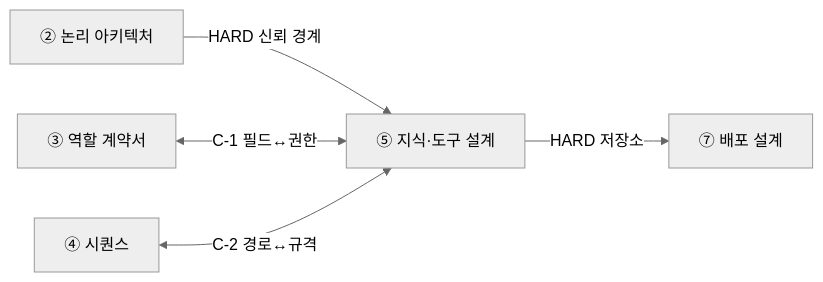
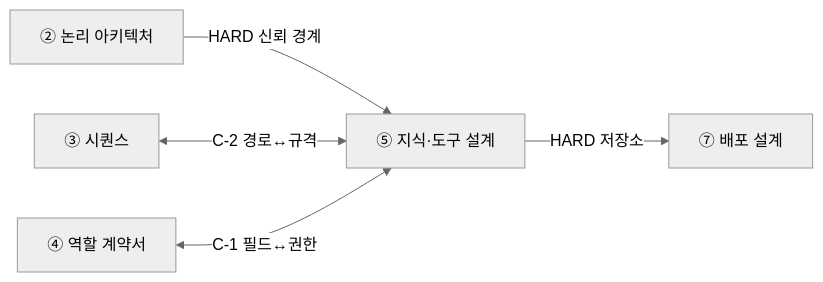
One commit to unicorn-campus/design-agentic-ai changed the diagram in guides/05-지식도구설계-가이드.md. Above: the diagram before and after it, drawn with Mermaid (neutral theme). The commit also changed other lines of this file and 67 other files, not shown here.

````diff
--- a/guides/05-지식도구설계-가이드.md
+++ b/guides/05-지식도구설계-가이드.md
@@ -16,7 +16,7 @@
 ```mermaid
 flowchart LR
   P2["② 논리 아키텍처"] -->|HARD 신뢰 경계| P5
-  P3["③ 역할 계약서"] <-->|C-1 필드↔권한| P5["⑤ 지식·도구 설계"]
-  P4["④ 시퀀스"] <-->|C-2 경로↔규격| P5
+  P3["③ 시퀀스"] <-->|C-2 경로↔규격| P5["⑤ 지식·도구 설계"]
+  P4["④ 역할 계약서"] <-->|C-1 필드↔권한| P5
   P5 -->|HARD 저장소| P7["⑦ 배포 설계"]
 ```
````
